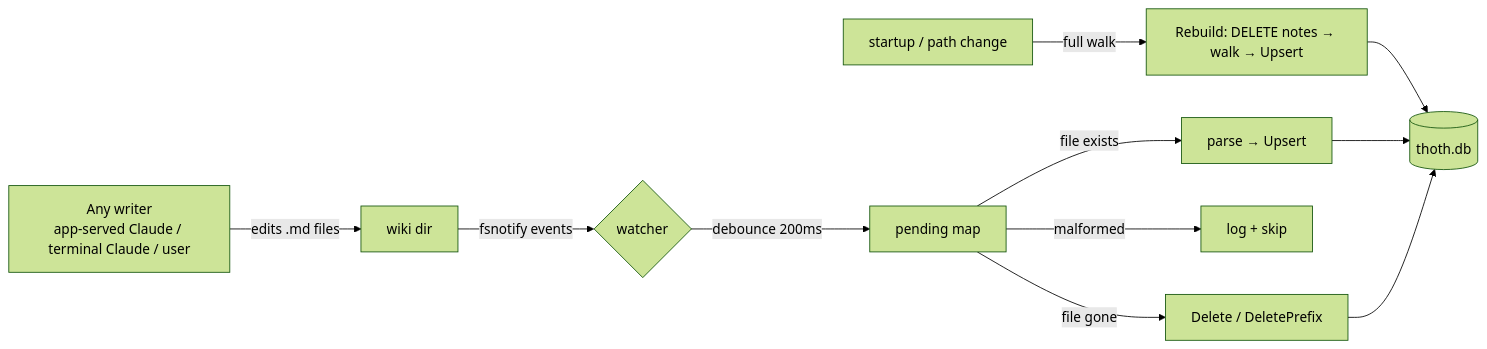
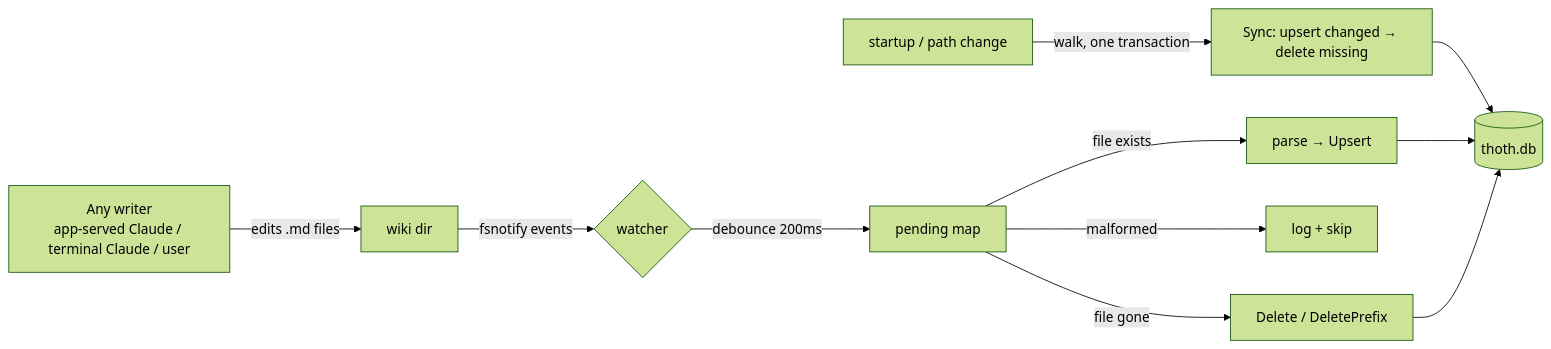
The diagram in docs/indexing.md (shiv-source/thoth), drawn with Mermaid (forest theme) before and after one commit. The commit also changed other lines of this file and 7 other files, not shown here.

````diff
--- a/docs/indexing.md
+++ b/docs/indexing.md
@@ -33,13 +33,13 @@
 ```mermaid
 flowchart LR
     A[Any writer<br/>app-served Claude / terminal Claude / user] -->|edits .md files| W[wiki dir]
     W -->|fsnotify events| EV{watcher}
     EV -->|debounce 200ms| P[pending map]
     P -->|file exists| U[parse → Upsert]
     P -->|file gone| D[Delete / DeletePrefix]
     P -->|malformed| L[log + skip]
-    S[startup / path change] -->|full walk| R[Rebuild: DELETE notes → walk → Upsert]
+    S[startup / path change] -->|walk, one transaction| R[Sync: upsert changed → delete missing]
     R --> DB[(thoth.db)]
     U --> DB
     D --> DB
 ```
````
